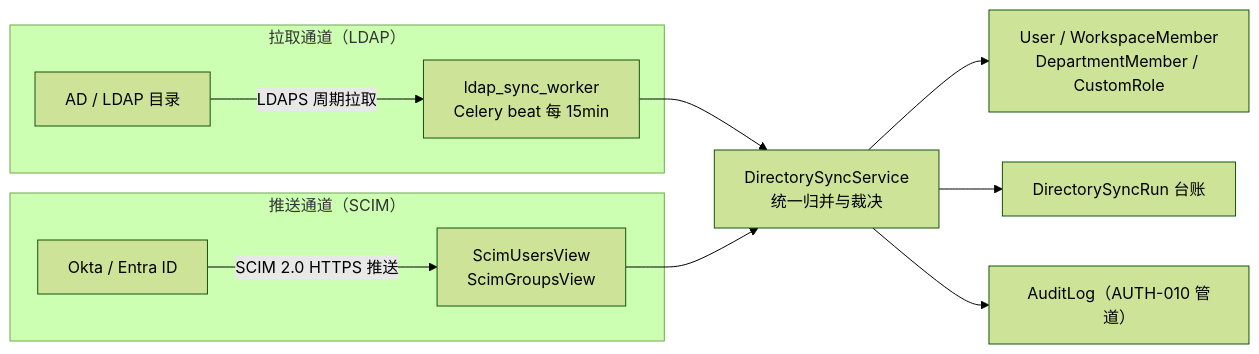
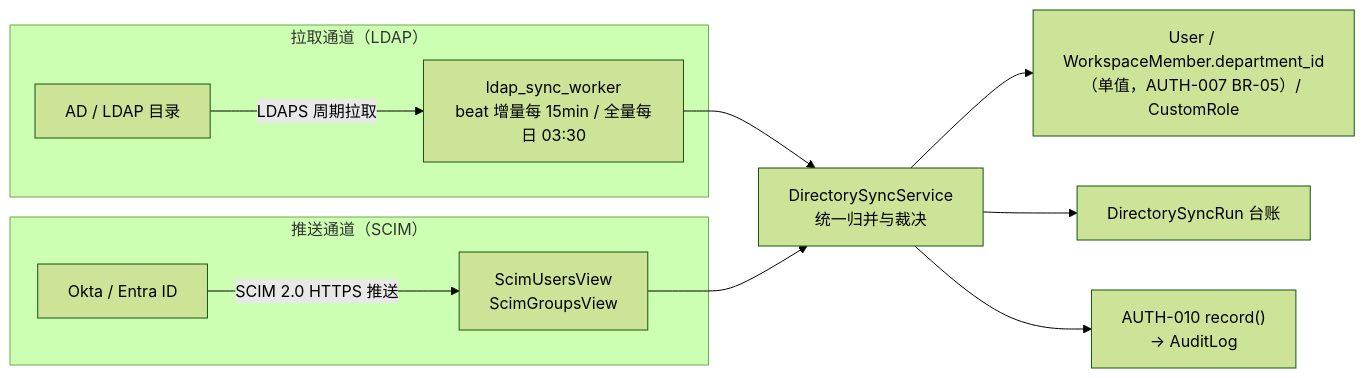
One commit to RabbitAI-Lab/RabbitProjects changed the first of 3 diagrams in docs/sprint-future-p4/AUTH-011-ldap-scim.md. Above: the diagram before and after it, drawn with Mermaid (forest theme). The commit also changed other lines of this file and 10 other files, not shown here.

````diff
--- a/docs/sprint-future-p4/AUTH-011-ldap-scim.md
+++ b/docs/sprint-future-p4/AUTH-011-ldap-scim.md
@@ -85,14 +86,14 @@
 ```mermaid
 flowchart LR
     subgraph PULL["拉取通道（LDAP）"]
-        AD["AD / LDAP 目录"] -->|LDAPS 周期拉取| LSYNC["ldap_sync_worker<br/>Celery beat 每 15min"]
+        AD["AD / LDAP 目录"] -->|LDAPS 周期拉取| LSYNC["ldap_sync_worker<br/>beat 增量每 15min / 全量每日 03:30"]
     end
     subgraph PUSH["推送通道（SCIM）"]
         IDP["Okta / Entra ID"] -->|SCIM 2.0 HTTPS 推送| SCIM["ScimUsersView<br/>ScimGroupsView"]
     end
     LSYNC --> CORE["DirectorySyncService<br/>统一归并与裁决"]
     SCIM --> CORE
-    CORE --> USER["User / WorkspaceMember<br/>DepartmentMember / CustomRole"]
+    CORE --> USER["User / WorkspaceMember.department_id<br/>（单值，AUTH-007 BR-05）/ CustomRole"]
     CORE --> RUN["DirectorySyncRun 台账"]
-    CORE --> AUDIT["AuditLog（AUTH-010 管道）"]
+    CORE --> AUDIT["AUTH-010 record()<br/>→ AuditLog"]
 ```
````
